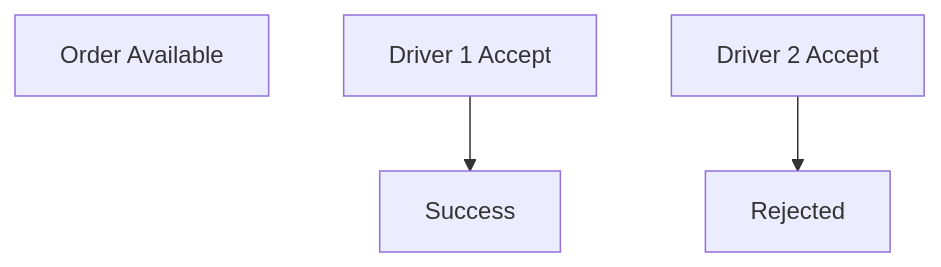
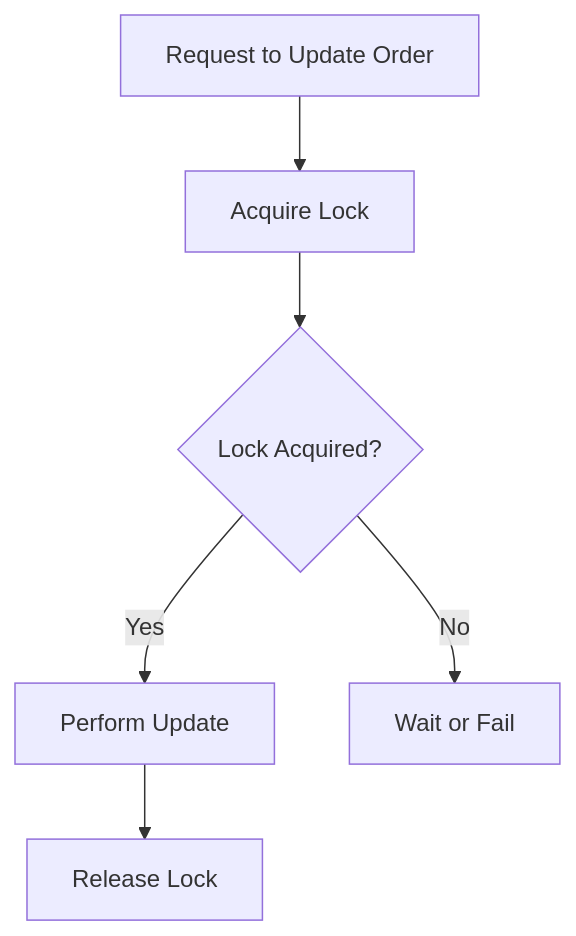
Before and after one commit to dbajajmnk/systemdesign: the sixth of 12 diagrams in systemdesign/9. System Interfaces and API Design/Concept.md, drawn with Mermaid. The commit also changed other lines of this file, not shown here.

````diff
--- a/systemdesign/9. System Interfaces and API Design/Concept.md
+++ b/systemdesign/9. System Interfaces and API Design/Concept.md
@@ -117,9 +180,8 @@
 ```mermaid
 flowchart TD
-    A[Order Available]
-    B1[Driver 1 Accept]
-    B2[Driver 2 Accept]
-
-    B1 --> C[Success]
-    B2 --> D[Rejected]
+    A[Request to Update Order] --> B[Acquire Lock]
+    B --> C{Lock Acquired?}
+    C -- Yes --> D[Perform Update]
+    D --> E[Release Lock]
+    C -- No --> F[Wait or Fail]
 ```
````
